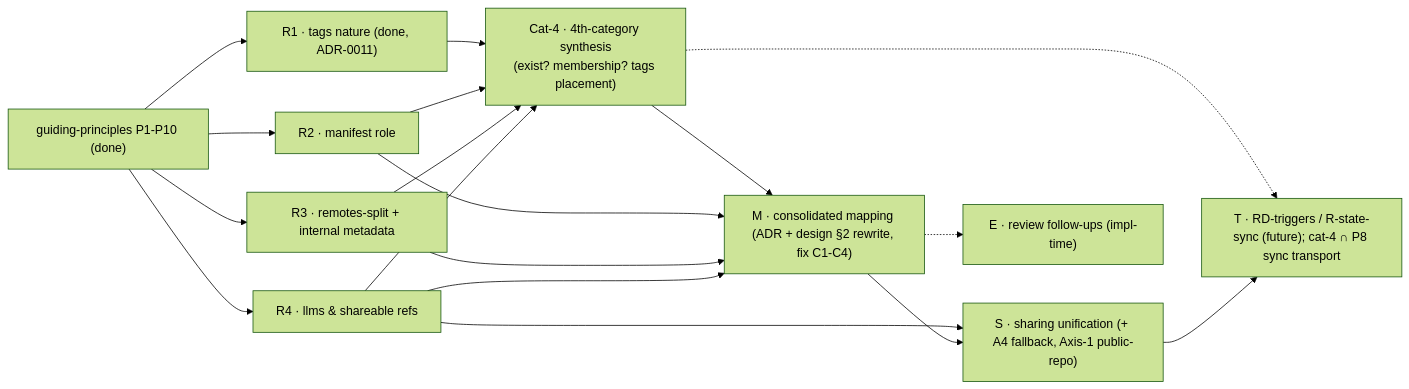
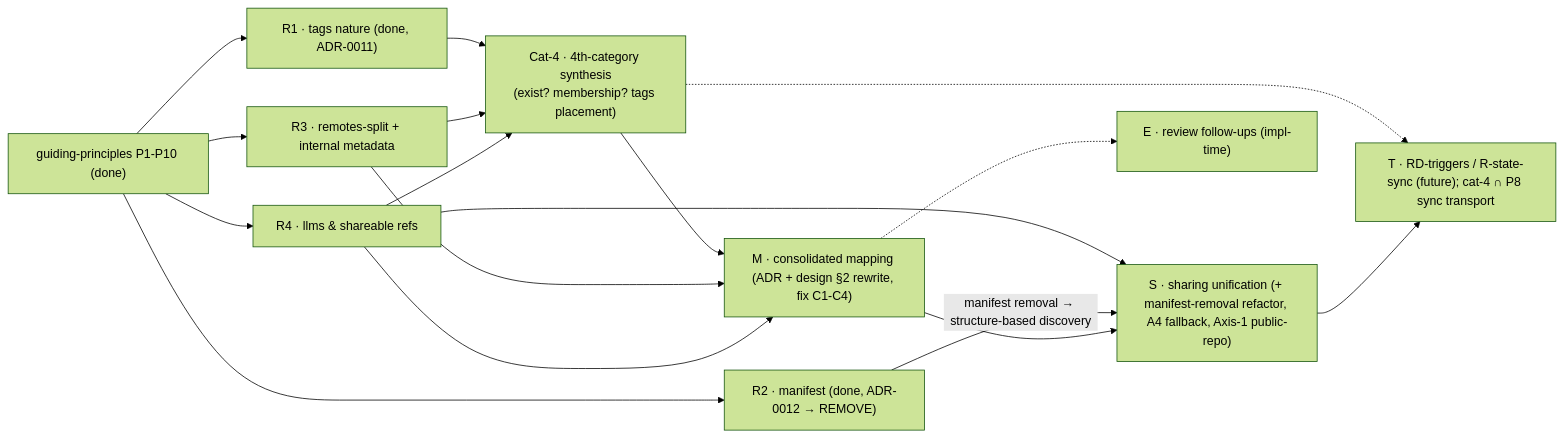
The diagram in docs/maintainer/configuration/decentralized-config/analysis-roadmap.md (alergyonthestage/claude-orchestrator), drawn with Mermaid (forest theme) before and after one commit. The commit also changed other lines of this file and 3 other files, not shown here.

````diff
--- a/docs/maintainer/configuration/decentralized-config/analysis-roadmap.md
+++ b/docs/maintainer/configuration/decentralized-config/analysis-roadmap.md
@@ -129,20 +142,19 @@
 ```mermaid
 flowchart LR
   P["guiding-principles P1-P10 (done)"] --> R1["R1 · tags nature (done, ADR-0011)"]
-  P --> R2["R2 · manifest role"]
+  P --> R2["R2 · manifest (done, ADR-0012 → REMOVE)"]
   P --> R3["R3 · remotes-split + internal metadata"]
   P --> R4["R4 · llms & shareable refs"]
   R1 --> C4["Cat-4 · 4th-category synthesis<br/>(exist? membership? tags placement)"]
-  R2 --> C4
   R3 --> C4
   R4 --> C4
   C4 --> M["M · consolidated mapping (ADR + design §2 rewrite, fix C1-C4)"]
-  R2 --> M
   R3 --> M
   R4 --> M
-  R4 --> S["S · sharing unification (+ A4 fallback, Axis-1 public-repo)"]
+  R4 --> S["S · sharing unification (+ manifest-removal refactor, A4 fallback, Axis-1 public-repo)"]
+  R2 -- "manifest removal → structure-based discovery" --> S
   M --> S
   C4 -.-> T["T · RD-triggers / R-state-sync (future); cat-4 ∩ P8 sync transport"]
   S --> T
   M -.-> E["E · review follow-ups (impl-time)"]
 ```
````
